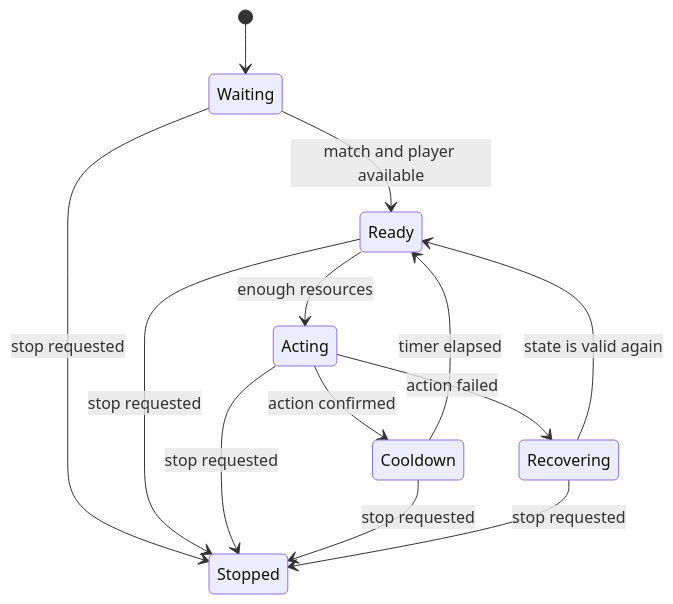
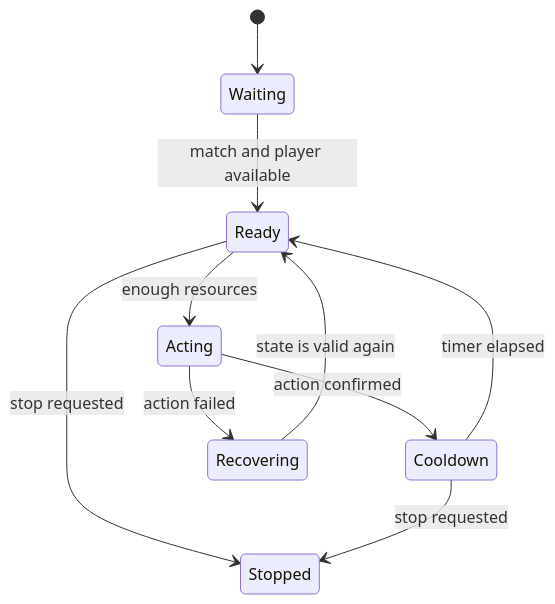
Before and after one commit to MustCodeAl/rust-game-hacking-book: the diagram in site/src/content/docs/pages/4/04.mdx, drawn with Mermaid. The commit also changed other lines of this file and 121 other files, not shown here.

````diff
--- a/site/src/content/docs/pages/4/04.mdx
+++ b/site/src/content/docs/pages/4/04.mdx
@@ -18,15 +18,12 @@
 ```mermaid
 stateDiagram-v2
     [*] --> Waiting
     Waiting --> Ready: match and player available
     Ready --> Acting: enough resources
     Acting --> Cooldown: action confirmed
     Acting --> Recovering: action failed
     Cooldown --> Ready: timer elapsed
     Recovering --> Ready: state is valid again
-    Waiting --> Stopped: stop requested
     Ready --> Stopped: stop requested
-    Acting --> Stopped: stop requested
     Cooldown --> Stopped: stop requested
-    Recovering --> Stopped: stop requested
 ```
````
